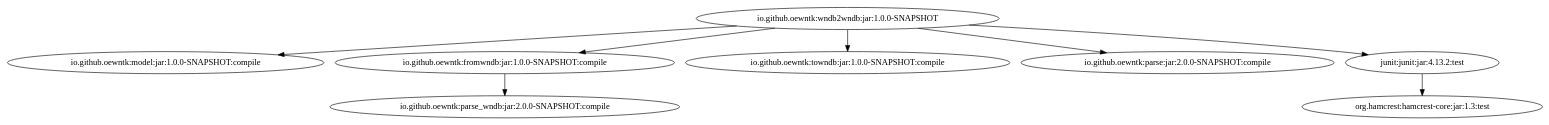
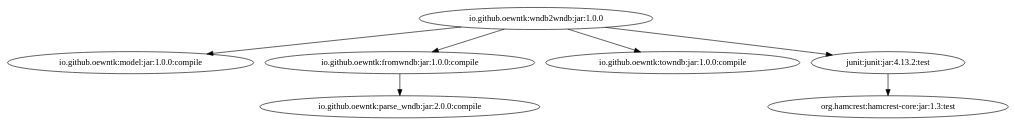
One commit to oewntk/grind_wndb2wndb changed the diagram in images/grind-wndb2wndb.dot. Above: the diagram before and after it, drawn with Graphviz. The commit also changed 5 other files, not shown here.

```diff
--- a/images/grind-wndb2wndb.dot
+++ b/images/grind-wndb2wndb.dot
@@ -1,9 +1,8 @@
-digraph "io.github.oewntk:wndb2wndb:jar:1.0.0-SNAPSHOT" { 
-	"io.github.oewntk:wndb2wndb:jar:1.0.0-SNAPSHOT" -> "io.github.oewntk:model:jar:1.0.0-SNAPSHOT:compile" ; 
-	"io.github.oewntk:wndb2wndb:jar:1.0.0-SNAPSHOT" -> "io.github.oewntk:fromwndb:jar:1.0.0-SNAPSHOT:compile" ; 
-	"io.github.oewntk:wndb2wndb:jar:1.0.0-SNAPSHOT" -> "io.github.oewntk:towndb:jar:1.0.0-SNAPSHOT:compile" ; 
-	"io.github.oewntk:wndb2wndb:jar:1.0.0-SNAPSHOT" -> "io.github.oewntk:parse:jar:2.0.0-SNAPSHOT:compile" ; 
-	"io.github.oewntk:wndb2wndb:jar:1.0.0-SNAPSHOT" -> "junit:junit:jar:4.13.2:test" ; 
-	"io.github.oewntk:fromwndb:jar:1.0.0-SNAPSHOT:compile" -> "io.github.oewntk:parse_wndb:jar:2.0.0-SNAPSHOT:compile" ; 
+digraph "io.github.oewntk:wndb2wndb:jar:1.0.0" { 
+	"io.github.oewntk:wndb2wndb:jar:1.0.0" -> "io.github.oewntk:model:jar:1.0.0:compile" ; 
+	"io.github.oewntk:wndb2wndb:jar:1.0.0" -> "io.github.oewntk:fromwndb:jar:1.0.0:compile" ; 
+	"io.github.oewntk:wndb2wndb:jar:1.0.0" -> "io.github.oewntk:towndb:jar:1.0.0:compile" ; 
+	"io.github.oewntk:wndb2wndb:jar:1.0.0" -> "junit:junit:jar:4.13.2:test" ; 
+	"io.github.oewntk:fromwndb:jar:1.0.0:compile" -> "io.github.oewntk:parse_wndb:jar:2.0.0:compile" ; 
 	"junit:junit:jar:4.13.2:test" -> "org.hamcrest:hamcrest-core:jar:1.3:test" ; 
  } 
```
